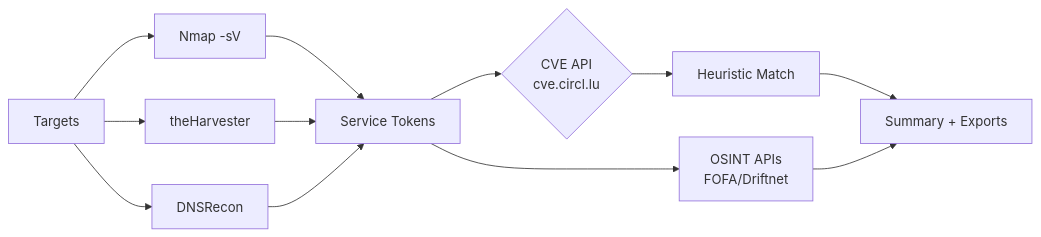
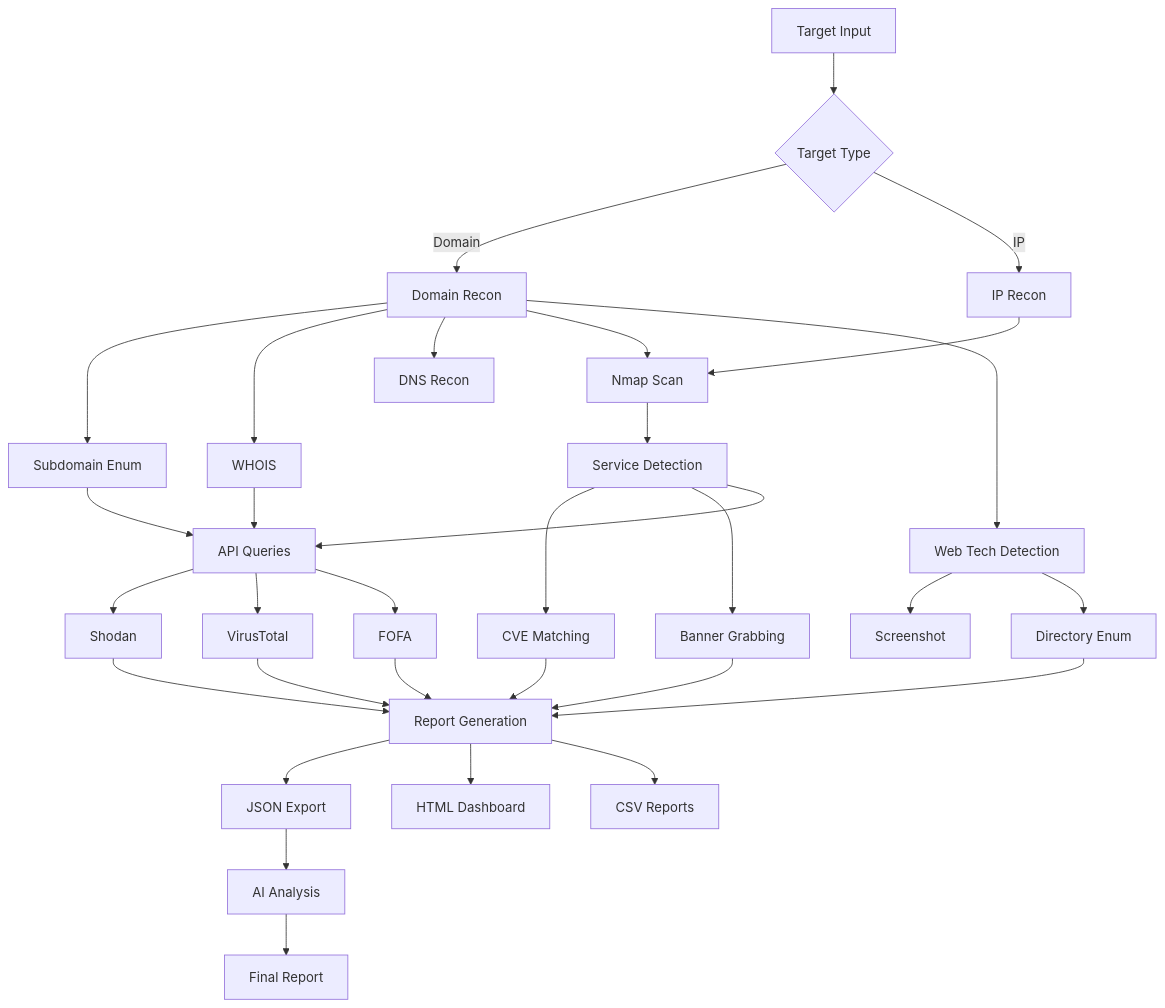
Before and after one commit to Masriyan/ExpertRecon: the diagram in README.md, drawn with Mermaid. The commit also changed other lines of this file, not shown here.

First line of the commit message:
Revise README for ExpertRecon v2.0 enhancements

````diff
--- a/README.md
+++ b/README.md
@@ -55,14 +325,43 @@
 ```mermaid
-flowchart LR
-    A[Targets] --> B[Nmap -sV]
-    A --> C[theHarvester]
-    A --> D[DNSRecon]
-    B --> E[Service Tokens]
-    C --> E
-    D --> E
-    E --> F{CVE API<br/>cve.circl.lu}
-    F --> G[Heuristic Match]
-    G --> H[Summary + Exports]
-    E --> I[OSINT APIs<br/>FOFA/Driftnet]
-    I --> H
+flowchart TB
+    A[Target Input] --> B{Target Type}
+    B -->|Domain| C[Domain Recon]
+    B -->|IP| D[IP Recon]
+
+    C --> E[Subdomain Enum]
+    C --> F[WHOIS]
+    C --> G[DNS Recon]
+
+    D --> H[Nmap Scan]
+    C --> H
+
+    H --> I[Service Detection]
+    I --> J[CVE Matching]
+    I --> K[Banner Grabbing]
+
+    C --> L[Web Tech Detection]
+    L --> M[Screenshot]
+    L --> N[Directory Enum]
+
+    E --> O[API Queries]
+    F --> O
+    I --> O
+
+    O --> P[Shodan]
+    O --> Q[VirusTotal]
+    O --> R[FOFA]
+
+    J --> S[Report Generation]
+    K --> S
+    N --> S
+    P --> S
+    Q --> S
+    R --> S
+
+    S --> T[JSON Export]
+    S --> U[HTML Dashboard]
+    S --> V[CSV Reports]
+
+    T --> W[AI Analysis]
+    W --> X[Final Report]
 ```
````
